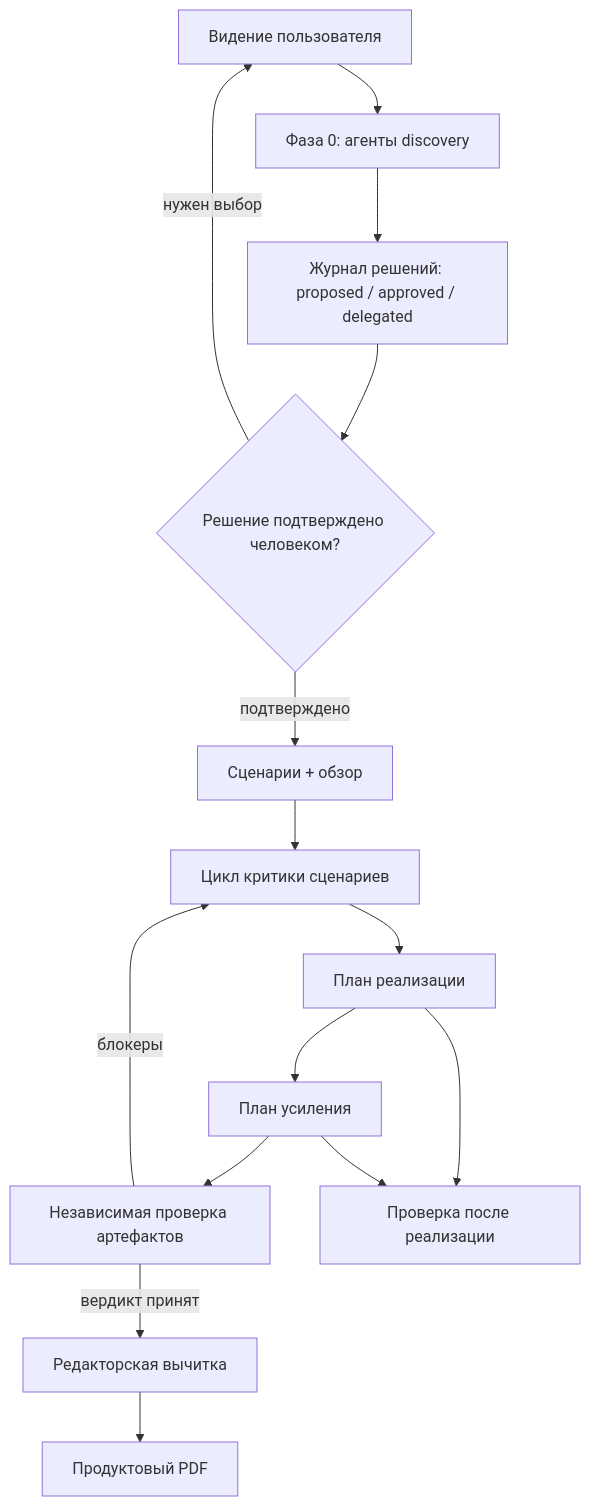
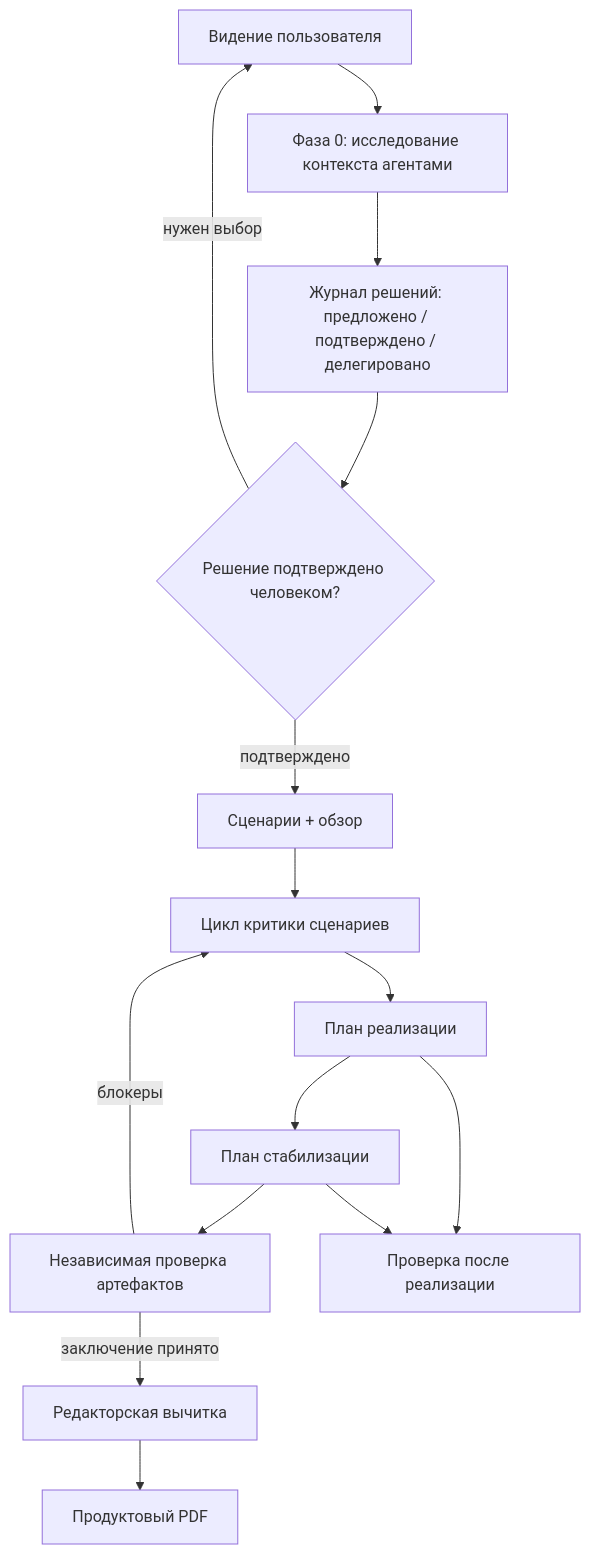
The first of 2 diagrams in README.ru.md (ehlyzov/skills), drawn with Mermaid before and after one commit. The commit also changed other lines of this file, not shown here.

````diff
--- a/README.ru.md
+++ b/README.ru.md
@@ -21,17 +24,17 @@
 ```mermaid
 flowchart TD
-    U["Видение пользователя"] --> D["Фаза 0: агенты discovery"]
-    D --> DL["Журнал решений: proposed / approved / delegated"]
+    U["Видение пользователя"] --> D["Фаза 0: исследование контекста агентами"]
+    D --> DL["Журнал решений: предложено / подтверждено / делегировано"]
     DL --> H{"Решение подтверждено человеком?"}
     H -->|подтверждено| S["Сценарии + обзор"]
     H -->|нужен выбор| U
     S --> C["Цикл критики сценариев"]
     C --> P["План реализации"]
-    P --> HP["План усиления"]
+    P --> HP["План стабилизации"]
     HP --> V["Независимая проверка артефактов"]
     V -->|блокеры| C
-    V -->|вердикт принят| E["Редакторская вычитка"]
+    V -->|заключение принято| E["Редакторская вычитка"]
     E --> PDF["Продуктовый PDF"]
     P --> IV["Проверка после реализации"]
     HP --> IV
 ```
````
